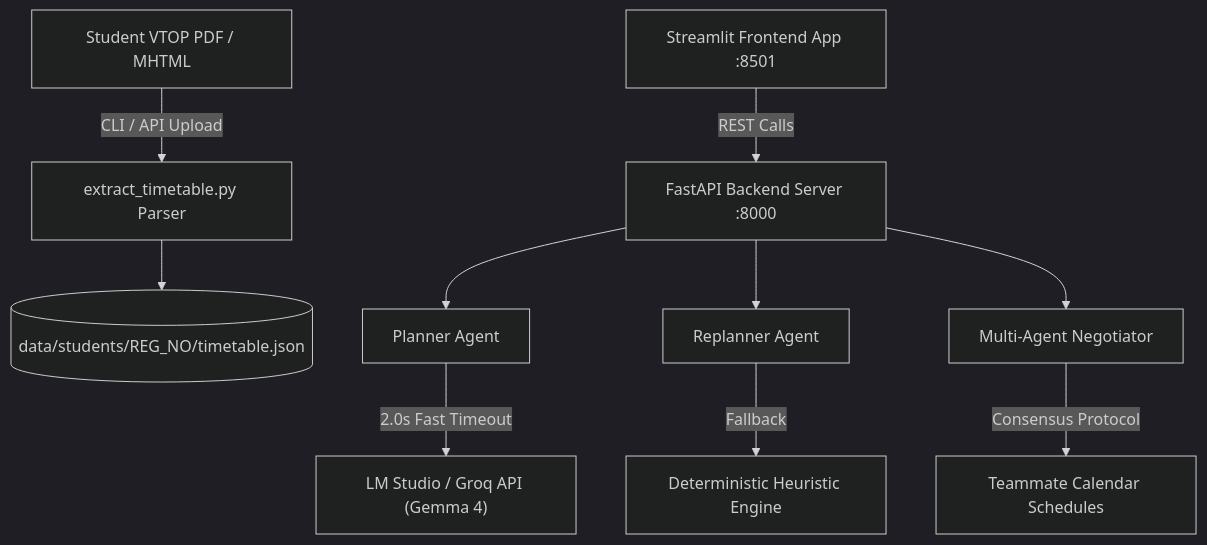
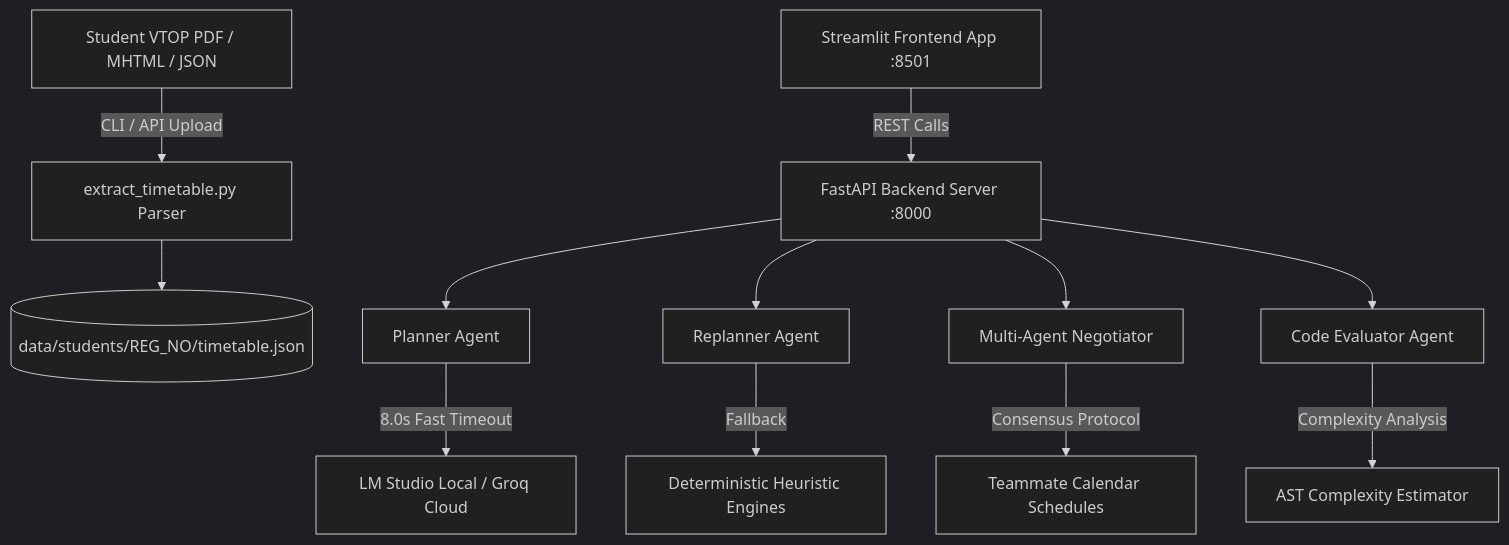
The diagram in README.md (Nilesh-Kumar2412/ICHIKA), drawn with Mermaid (dark theme) before and after one commit. The commit also changed other lines of this file and 1 other file, not shown here.

Commit message:
docs: polish README and tasks tracker to 100% completion with 5 student profiles

````diff
--- a/README.md
+++ b/README.md
@@ -57,15 +79,17 @@
 ```mermaid
 graph TD
-    A["Student VTOP PDF / MHTML"] -->|CLI / API Upload| B["extract_timetable.py Parser"]
+    A["Student VTOP PDF / MHTML / JSON"] -->|CLI / API Upload| B["extract_timetable.py Parser"]
     B --> C[("data/students/REG_NO/timetable.json")]
     
     D["Streamlit Frontend App :8501"] -->|REST Calls| E["FastAPI Backend Server :8000"]
     
     E --> F["Planner Agent"]
     E --> G["Replanner Agent"]
     E --> H["Multi-Agent Negotiator"]
+    E --> I["Code Evaluator Agent"]
     
-    F -->|2.0s Fast Timeout| I["LM Studio / Groq API (Gemma 4)"]
-    G -->|Fallback| J["Deterministic Heuristic Engine"]
-    H -->|Consensus Protocol| K["Teammate Calendar Schedules"]
+    F -->|8.0s Fast Timeout| J["LM Studio Local / Groq Cloud"]
+    G -->|Fallback| K["Deterministic Heuristic Engines"]
+    H -->|Consensus Protocol| L["Teammate Calendar Schedules"]
+    I -->|Complexity Analysis| M["AST Complexity Estimator"]
 ```
````
